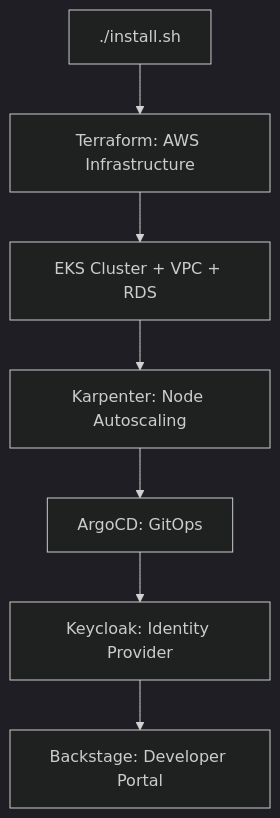
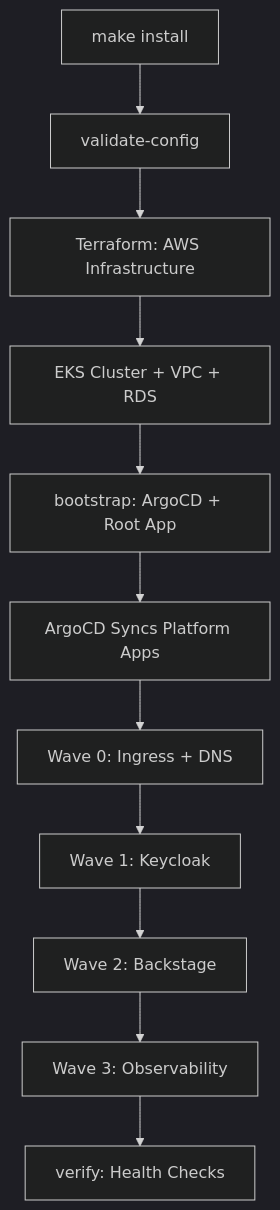
Before and after one commit to darede-labs/reference-implementation-aws: the diagram in README.md, drawn with Mermaid (dark theme). The commit also changed other lines of this file and 56 other files, not shown here.

````diff
--- a/README.md
+++ b/README.md
@@ -58,9 +132,13 @@
 ```mermaid
 graph TD
-    A[./install.sh] --> B[Terraform: AWS Infrastructure]
-    B --> C[EKS Cluster + VPC + RDS]
-    C --> D[Karpenter: Node Autoscaling]
-    D --> E[ArgoCD: GitOps]
-    E --> F[Keycloak: Identity Provider]
-    F --> G[Backstage: Developer Portal]
+    A[make install] --> B[validate-config]
+    B --> C[Terraform: AWS Infrastructure]
+    C --> D[EKS Cluster + VPC + RDS]
+    D --> E[bootstrap: ArgoCD + Root App]
+    E --> F[ArgoCD Syncs Platform Apps]
+    F --> G[Wave 0: Ingress + DNS]
+    G --> H[Wave 1: Keycloak]
+    H --> I[Wave 2: Backstage]
+    I --> J[Wave 3: Observability]
+    J --> K[verify: Health Checks]
 ```
````
